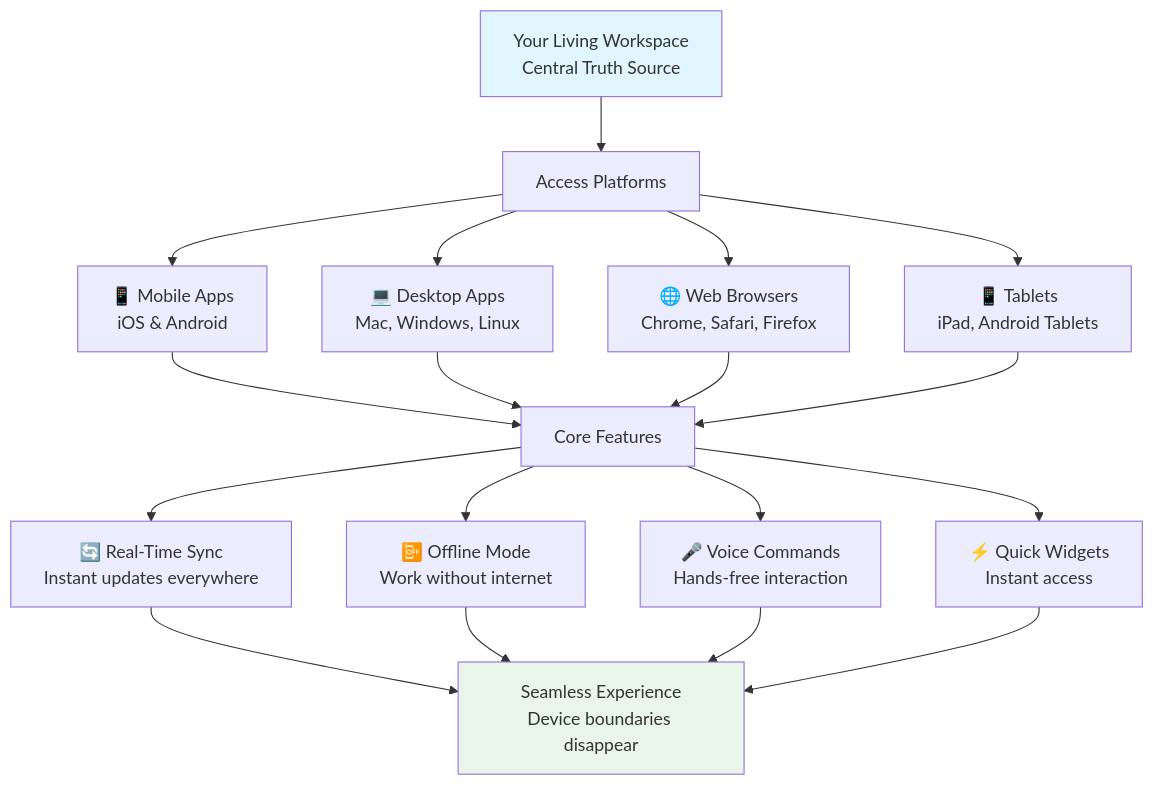
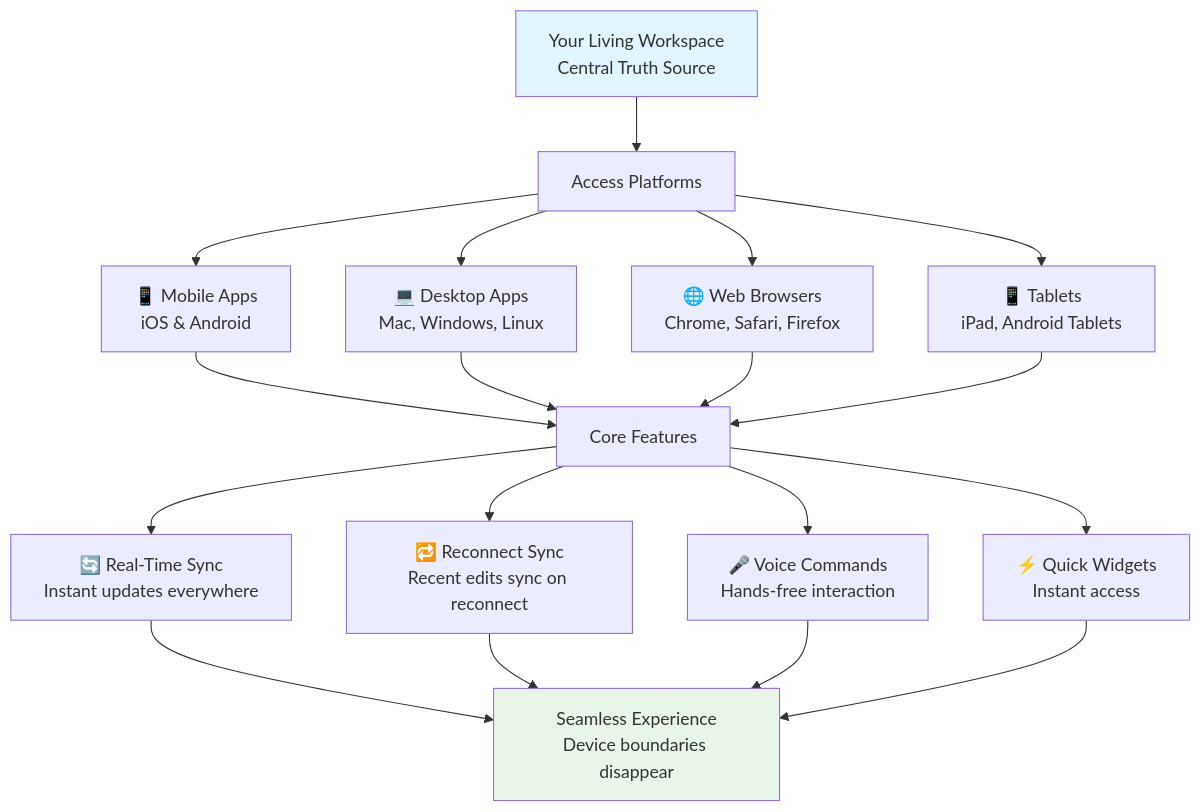
Before and after one commit to taskade/docs: the diagram in help-and-support/index/08_mobile_desktop.md, drawn with Mermaid. The commit also changed other lines of this file and 83 other files, not shown here.

````diff
--- a/help-and-support/index/08_mobile_desktop.md
+++ b/help-and-support/index/08_mobile_desktop.md
@@ -26,27 +26,27 @@
 ```mermaid
 flowchart TD
     WORKSPACE[Your Living Workspace<br/>Central Truth Source] --> PLATFORMS[Access Platforms]
 
     PLATFORMS --> MOBILE[📱 Mobile Apps<br/>iOS & Android]
     PLATFORMS --> DESKTOP[💻 Desktop Apps<br/>Mac, Windows, Linux]
     PLATFORMS --> WEB[🌐 Web Browsers<br/>Chrome, Safari, Firefox]
     PLATFORMS --> TABLET[📱 Tablets<br/>iPad, Android Tablets]
 
     MOBILE --> FEATURES[Core Features]
     DESKTOP --> FEATURES
     WEB --> FEATURES
     TABLET --> FEATURES
 
     FEATURES --> SYNC[🔄 Real-Time Sync<br/>Instant updates everywhere]
-    FEATURES --> OFFLINE[📴 Offline Mode<br/>Work without internet]
+    FEATURES --> OFFLINE[🔁 Reconnect Sync<br/>Recent edits sync on reconnect]
     FEATURES --> VOICE[🎤 Voice Commands<br/>Hands-free interaction]
     FEATURES --> WIDGETS[⚡ Quick Widgets<br/>Instant access]
 
     SYNC --> RESULT[Seamless Experience<br/>Device boundaries disappear]
     OFFLINE --> RESULT
     VOICE --> RESULT
     WIDGETS --> RESULT
 
     style WORKSPACE fill:#e1f5fe
     style RESULT fill:#e8f5e8
 ```
````
